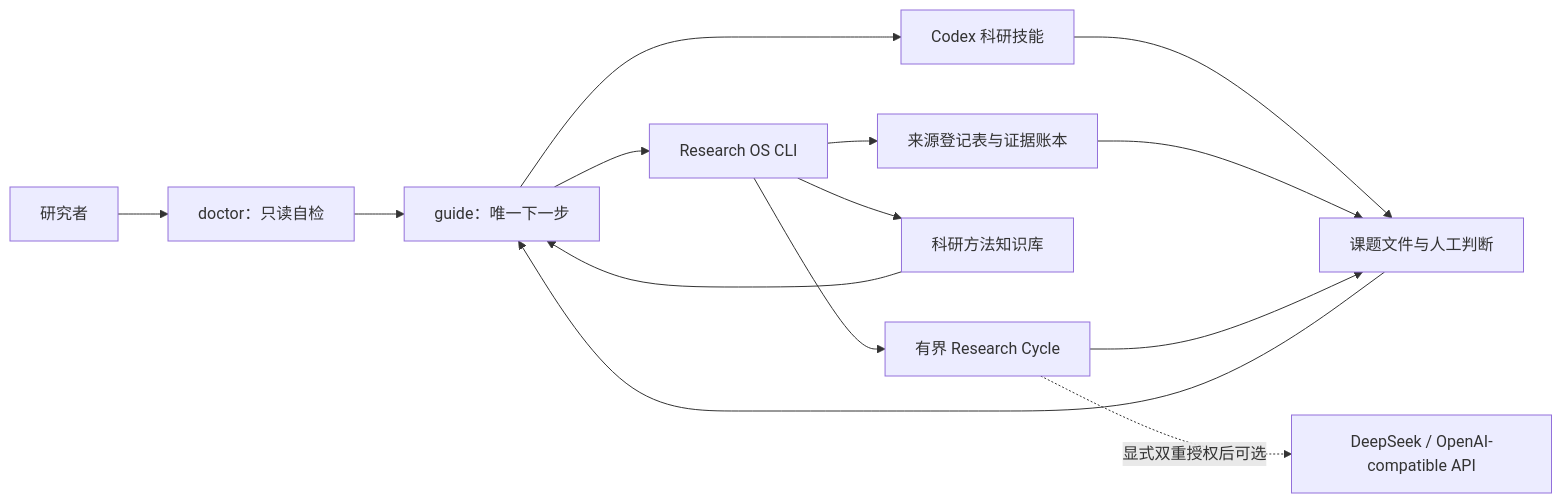
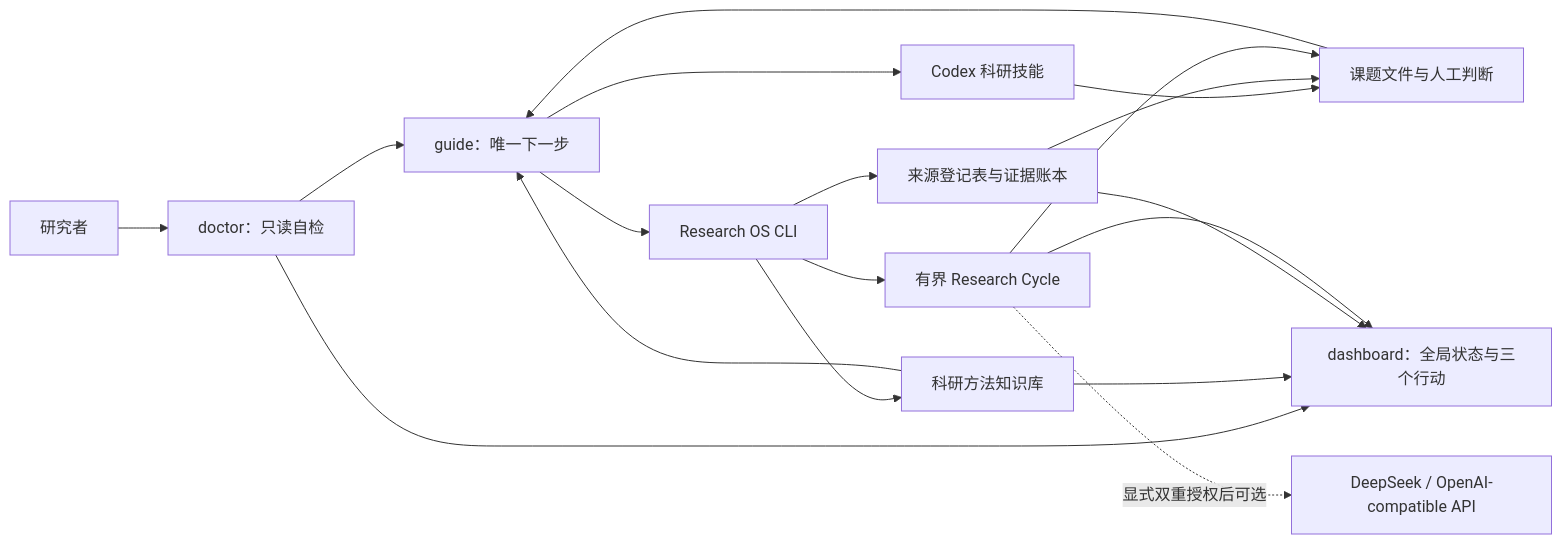
The first of 2 diagrams in docs/DEVELOPER-HANDOFF.md (ZelaiZhang/scholar), drawn with Mermaid before and after one commit. The commit also changed other lines of this file and 5 other files, not shown here.

````diff
--- a/docs/DEVELOPER-HANDOFF.md
+++ b/docs/DEVELOPER-HANDOFF.md
@@ -49,16 +50,20 @@
 ```mermaid
 flowchart LR
     U["研究者"] --> D["doctor：只读自检"]
     D --> G["guide：唯一下一步"]
+    D --> B["dashboard：全局状态与三个行动"]
     G --> S["Codex 科研技能"]
     G --> C["Research OS CLI"]
     S --> P["课题文件与人工判断"]
     C --> R["来源登记表与证据账本"]
     C --> K["科研方法知识库"]
     C --> X["有界 Research Cycle"]
     R --> P
     K --> G
+    K --> B
+    R --> B
+    X --> B
     X --> P
     P --> G
     X -. "显式双重授权后可选" .-> API["DeepSeek / OpenAI-compatible API"]
 ```
````
